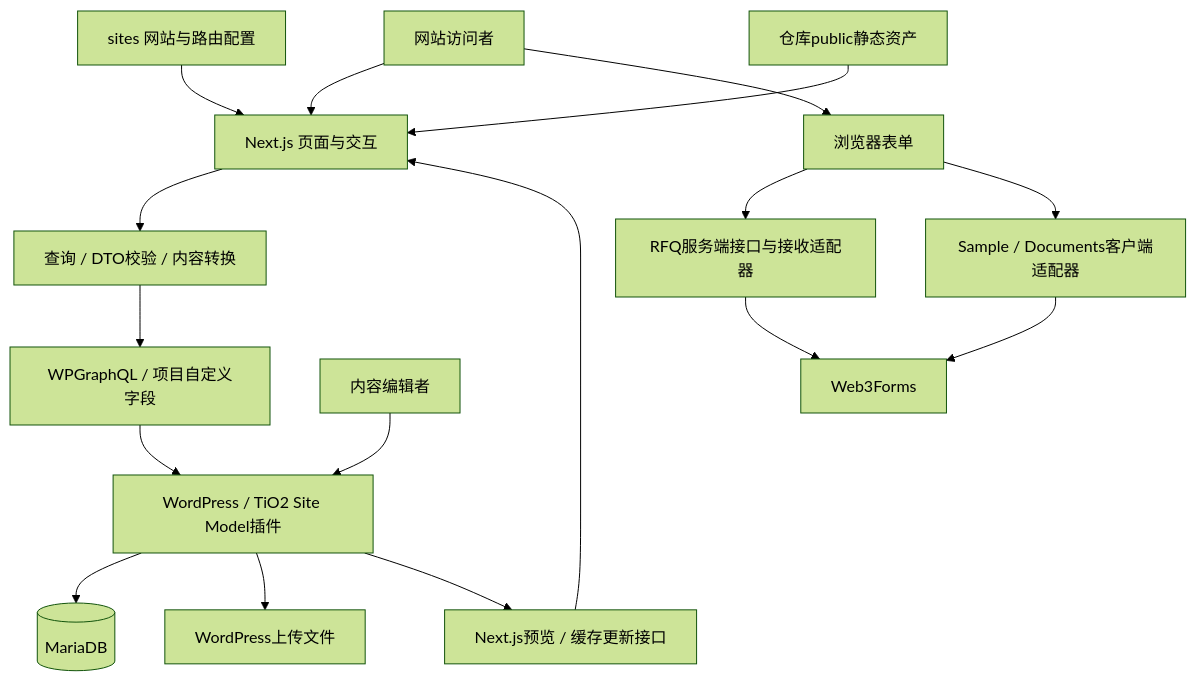
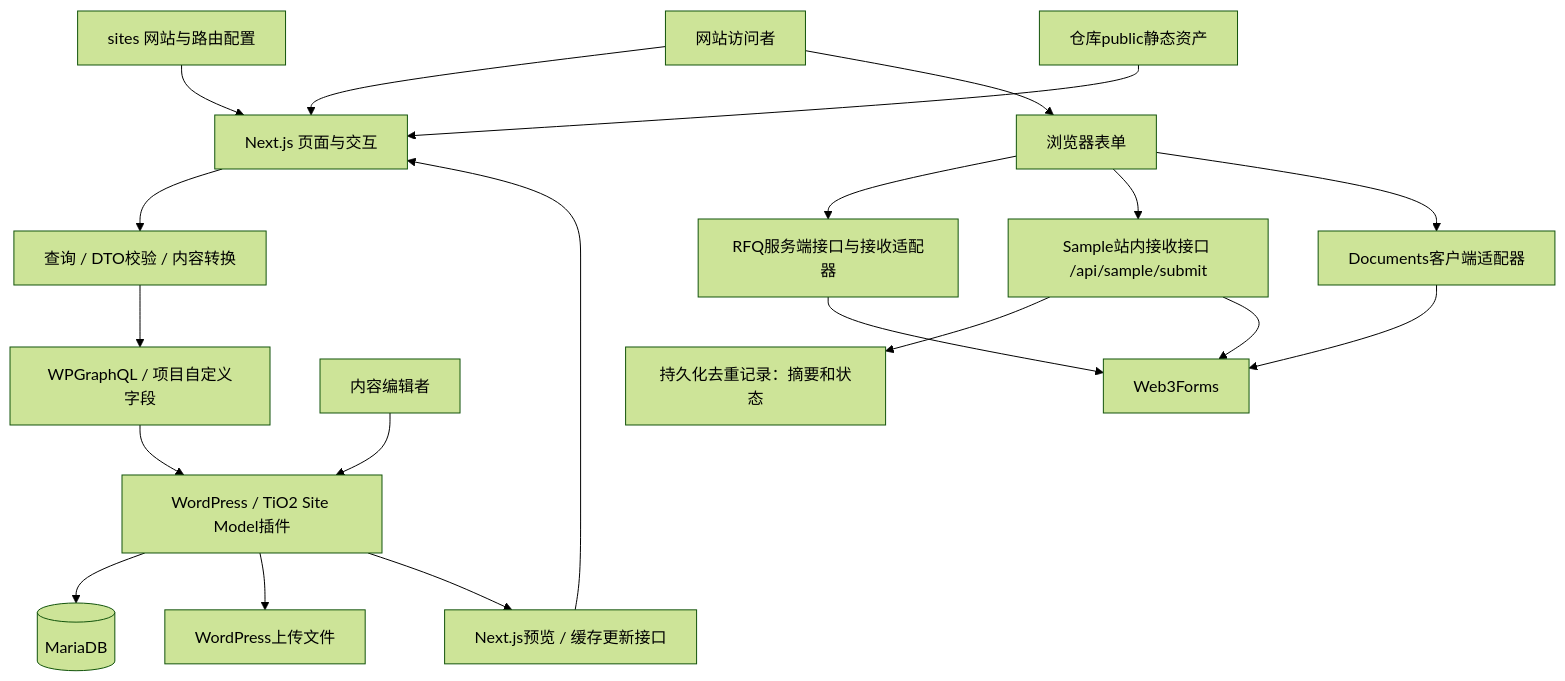
Before and after one commit to longestGj/tio2-wordpress-nextjs: the diagram in docs/software-architecture.md, drawn with Mermaid (forest theme). The commit also changed other lines of this file and 12 other files, not shown here.

Commit message:
fix(sample): verify provider receipts through durable server adapter

````diff
--- a/docs/software-architecture.md
+++ b/docs/software-architecture.md
@@ -13,19 +13,22 @@
 ```mermaid
 flowchart TB
   Buyer[网站访问者] --> Next[Next.js 页面与交互]
   Site[sites 网站与路由配置] --> Next
   Next --> Adapt[查询 / DTO校验 / 内容转换]
   Adapt --> GraphQL[WPGraphQL / 项目自定义字段]
   GraphQL --> WP[WordPress / TiO2 Site Model插件]
   Editor[内容编辑者] --> WP
   WP --> DB[(MariaDB)]
   WP --> Uploads[WordPress上传文件]
   Assets[仓库public静态资产] --> Next
   WP --> Hooks[Next.js预览 / 缓存更新接口]
   Hooks --> Next
   Buyer --> Forms[浏览器表单]
   Forms --> RFQ[RFQ服务端接口与接收适配器]
   RFQ --> Provider[Web3Forms]
-  Forms --> Other[Sample / Documents客户端适配器]
+  Forms --> Sample[Sample站内接收接口 /api/sample/submit]
+  Sample --> Ledger[持久化去重记录：摘要和状态]
+  Sample --> Provider
+  Forms --> Other[Documents客户端适配器]
   Other --> Provider
 ```
````
